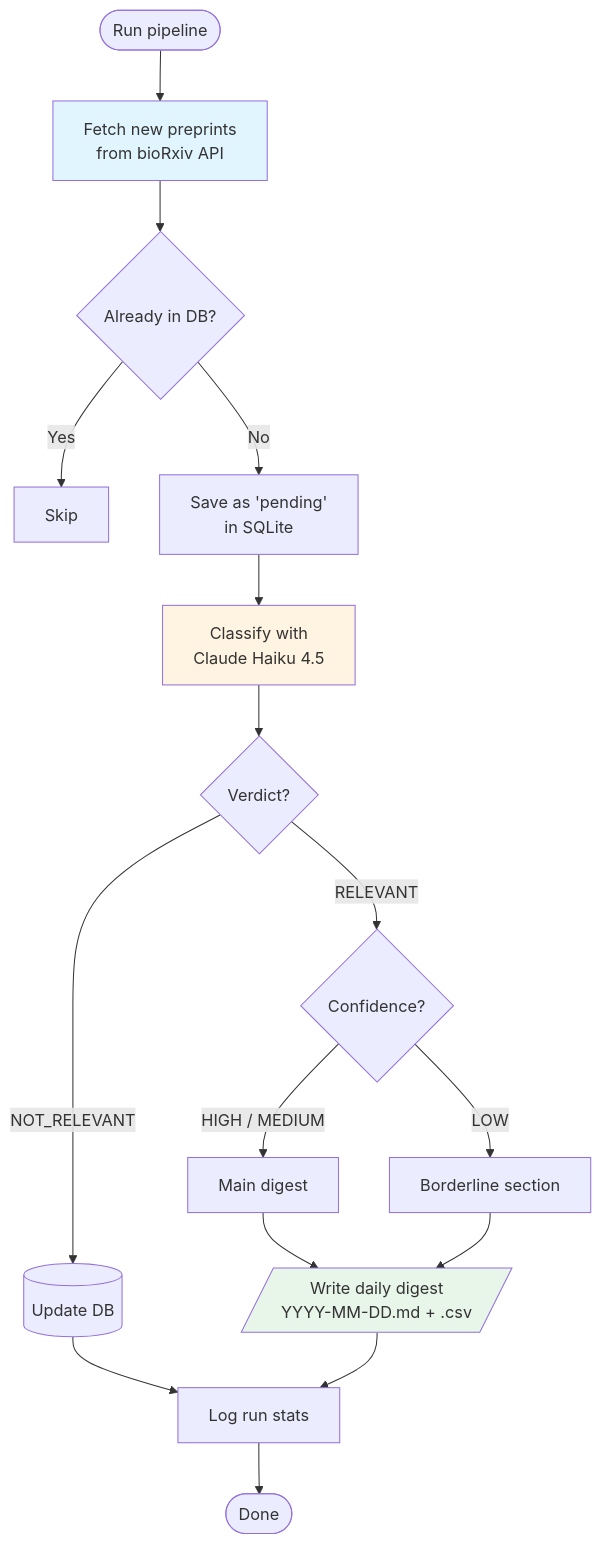
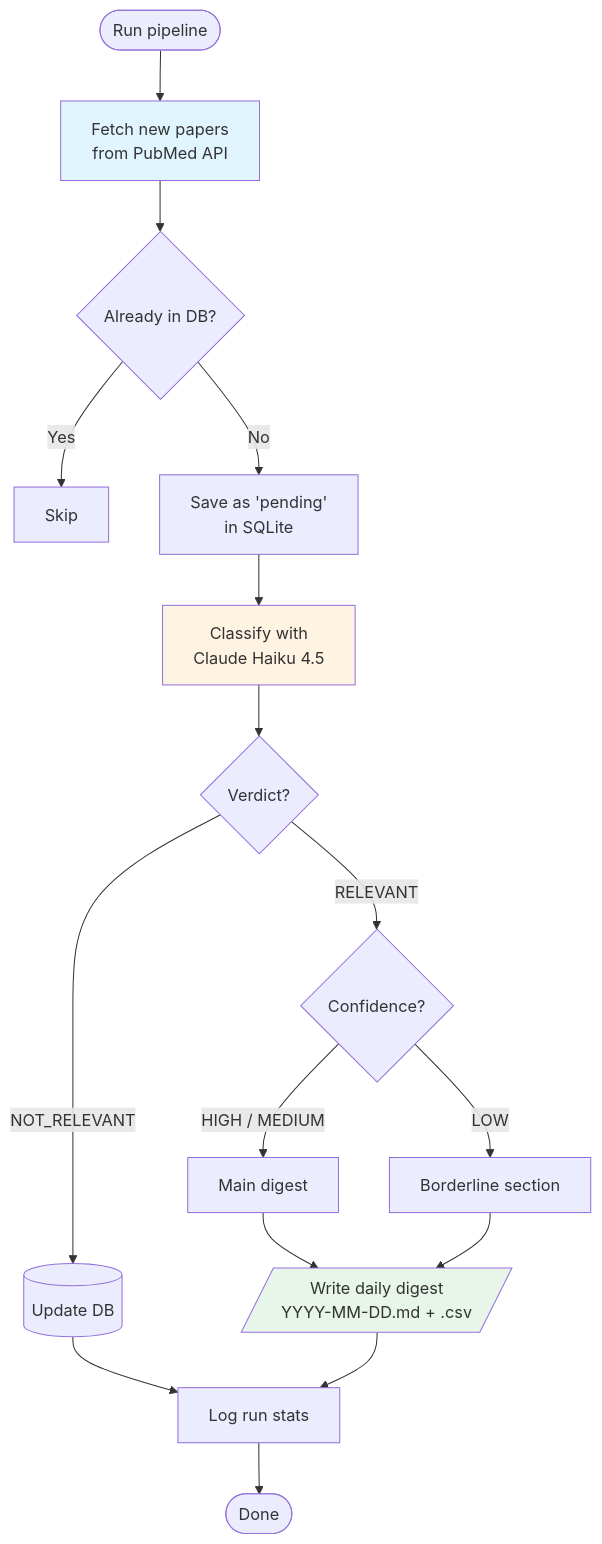
The diagram in PIPELINE.md (lowerlee/scrna-paper-enrichment), drawn with Mermaid before and after one commit. The commit also changed other lines of this file and 14 other files, not shown here.

````diff
--- a/PIPELINE.md
+++ b/PIPELINE.md
@@ -181,22 +215,22 @@
 ```mermaid
 flowchart TD
-    Start([Run pipeline]) --> Fetch[Fetch new preprints<br/>from bioRxiv API]
+    Start([Run pipeline]) --> Fetch["Fetch new papers<br/>from PubMed API"]
     Fetch --> Dedup{Already in DB?}
     Dedup -->|Yes| Skip[Skip]
     Dedup -->|No| Save[Save as 'pending'<br/>in SQLite]
     Save --> Classify[Classify with<br/>Claude Haiku 4.5]
     Classify --> Verdict{Verdict?}
     Verdict -->|RELEVANT| Confidence{Confidence?}
     Verdict -->|NOT_RELEVANT| Store[(Update DB)]
     Confidence -->|HIGH / MEDIUM| Main[Main digest]
     Confidence -->|LOW| Borderline[Borderline section]
     Main --> Digest[/Write daily digest<br/>YYYY-MM-DD.md + .csv/]
     Borderline --> Digest
     Store --> Log[Log run stats]
     Digest --> Log
     Log --> End([Done])
 
     style Fetch fill:#e1f5ff
     style Classify fill:#fff4e1
     style Digest fill:#e8f5e9
 ```
````
